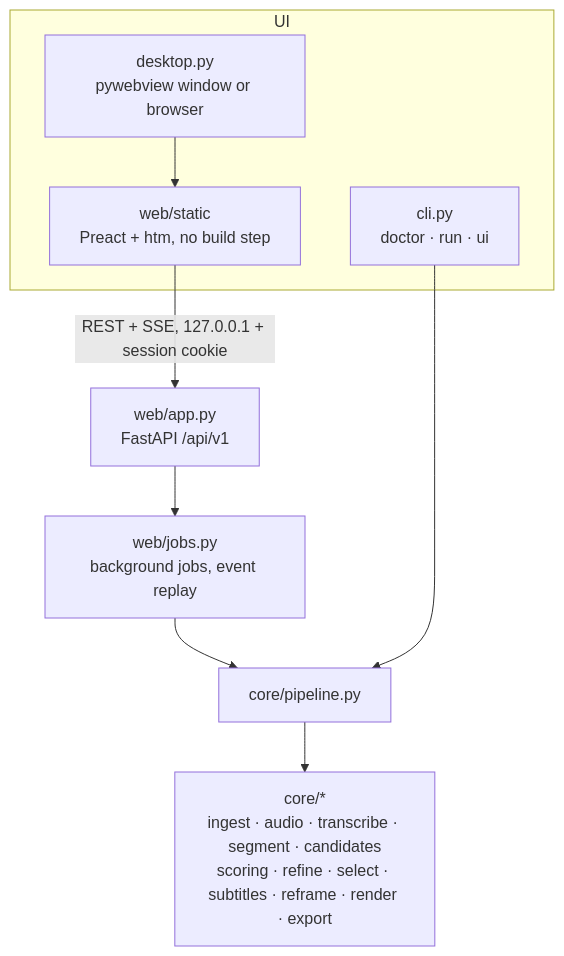
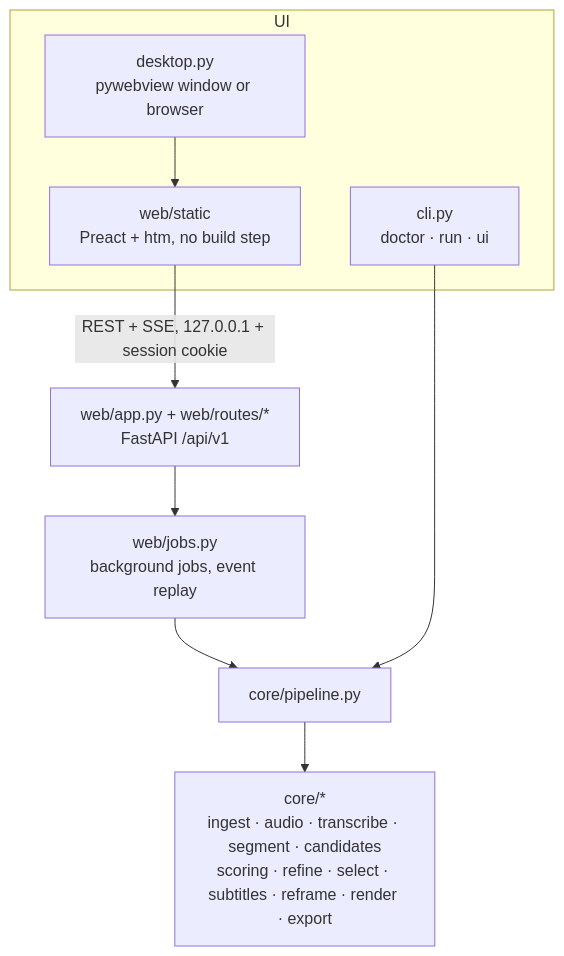
One commit to datamauriciovaldez/SnipScout changed the diagram in docs/architecture.md. Above: the diagram before and after it, drawn with Mermaid. The commit also changed 9 other files, not shown here.

````diff
--- a/docs/architecture.md
+++ b/docs/architecture.md
@@ -5,12 +5,12 @@
 ```mermaid
 flowchart TB
   subgraph UI
     W[desktop.py<br/>pywebview window or browser] --> F[web/static<br/>Preact + htm, no build step]
     CLI[cli.py<br/>doctor · run · ui]
   end
-  F -- REST + SSE, 127.0.0.1 + session cookie --> A[web/app.py<br/>FastAPI /api/v1]
+  F -- REST + SSE, 127.0.0.1 + session cookie --> A[web/app.py + web/routes/*<br/>FastAPI /api/v1]
   A --> J[web/jobs.py<br/>background jobs, event replay]
   J --> P[core/pipeline.py]
   CLI --> P
   P --> core[core/*<br/>ingest · audio · transcribe · segment · candidates<br/>scoring · refine · select · subtitles · reframe · render · export]
 ```
````
